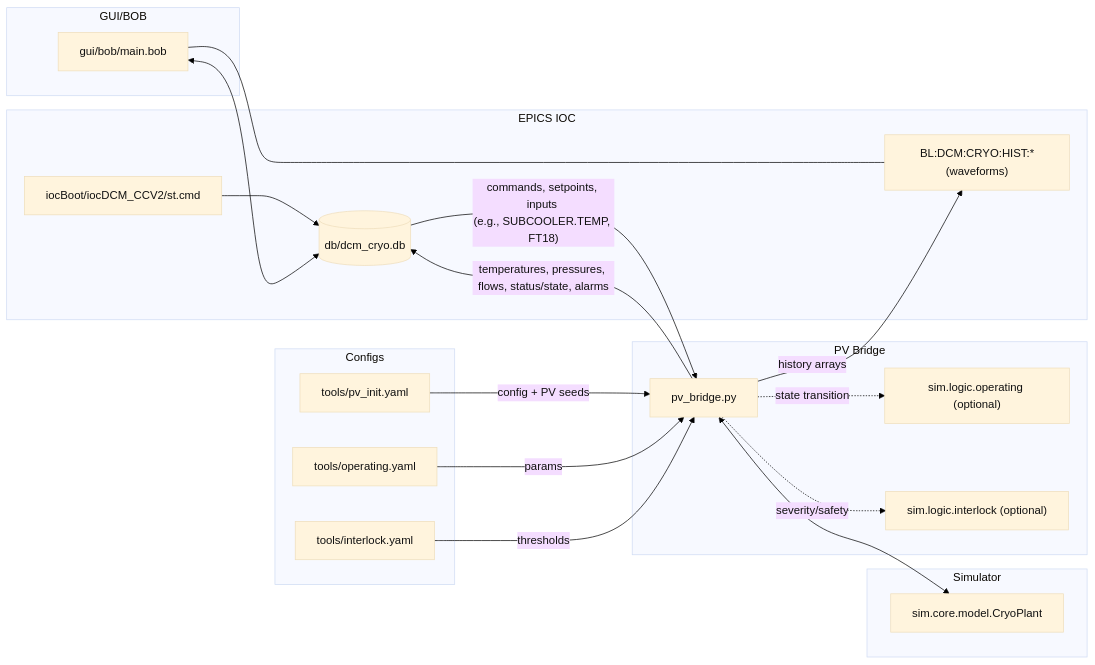
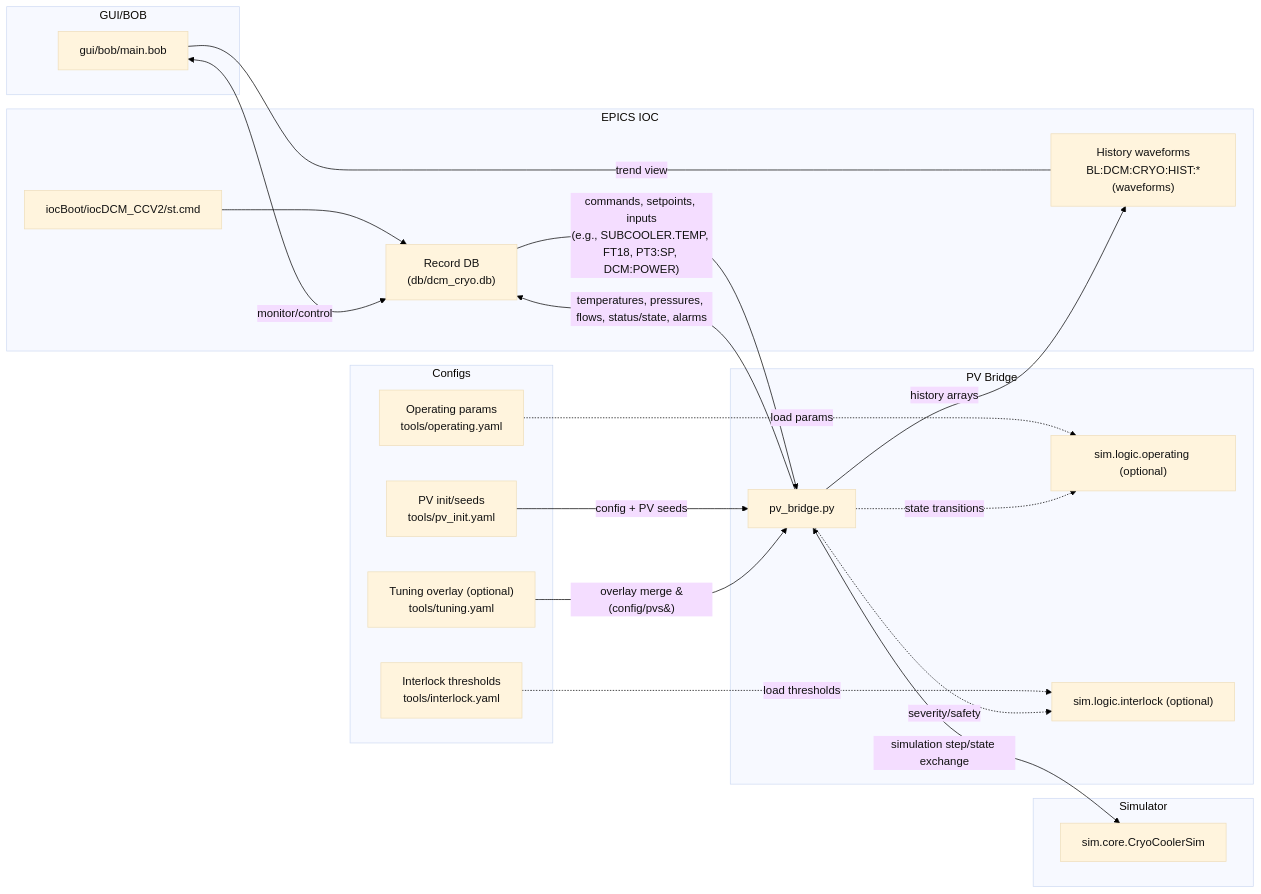
Before and after one commit to verysys-pal/DCM_CCV2: the diagram in docs/mermaid/data_flow.mmd, drawn with Mermaid. The commit also changed 10 other files, not shown here.

```diff
--- a/docs/mermaid/data_flow.mmd
+++ b/docs/mermaid/data_flow.mmd
@@ -1,62 +1,58 @@
-%%{init: {"theme":"base","themeVariables":{
-"background":"#ffffff",
-"primaryTextColor":"#111111"
-}}}%%
-
-
-%% High-level data flow (IOC ↔ Bridge ↔ Simulator ↔ GUI)
+%%{init: {"theme":"base","themeVariables":{"background":"#ffffff","primaryTextColor":"#111111"}}}%%
 flowchart LR
-  %% IOC and DB
+  %% IOC 및 DB
   subgraph IOC[EPICS IOC]
     STCMD[iocBoot/iocDCM_CCV2/st.cmd]
-    DB[(db/dcm_cryo.db)]
-    HIST["BL:DCM:CRYO:HIST:*(waveforms)"]
+    DB["Record DB<br/>(db/dcm_cryo.db)"]
+    HIST["History waveforms<br/>BL:DCM:CRYO:HIST:*(waveforms)"]
   end
 
-  %% Bridge and optional logics
+  %% 브리지와 선택 로직
   subgraph Bridge[PV Bridge]
     BRIDGE[pv_bridge.py]
     OPER["sim.logic.operating (optional)"]
     ILK["sim.logic.interlock (optional)"]
   end
 
-  %% Simulator core
+  %% 시뮬레이터 코어
   subgraph Sim[Simulator]
-    MODEL[sim.core.model.CryoPlant]
+    MODEL["sim.core.CryoCoolerSim"]
   end
 
   %% GUI
   subgraph GUI[GUI/BOB]
     BOB[gui/bob/main.bob]
   end
 
-  %% Config files
+  %% 설정 파일
   subgraph CFG[Configs]
-    INIT[tools/pv_init.yaml]
-    OPERCFG[tools/operating.yaml]
-    ILKCFG[tools/interlock.yaml]
+    INIT["PV init/seeds<br/>tools/pv_init.yaml"]
+    TUNE["Tuning overlay (optional)<br/>tools/tuning.yaml"]
+    OPERCFG["Operating params<br/>tools/operating.yaml"]
+    ILKCFG["Interlock thresholds<br/>tools/interlock.yaml"]
   end
 
-  %% Boot / load records
+  %% 부팅/레코드 로드
   STCMD --> DB
 
-  %% Config → Bridge
-  INIT -->|config + PV seeds| BRIDGE
-  OPERCFG -->|params| BRIDGE
-  ILKCFG -->|thresholds| BRIDGE
+  %% 설정 → 브리지/로직
+  INIT -->|"config + PV seeds"| BRIDGE
+  TUNE -->|"overlay merge &#40;config/pvs&#41;"| BRIDGE
+  OPERCFG -.->|"load params"| OPER
+  ILKCFG -.->|"load thresholds"| ILK
 
-  %% IOC ↔ Bridge (directions annotated)
-  DB -->|"commands, setpoints, inputs \n(e.g., SUBCOOLER.TEMP, FT18)"| BRIDGE
+  %% IOC ↔ 브리지
+  DB -->|"commands, setpoints, inputs<br/>(e.g., SUBCOOLER.TEMP, FT18, PT3:SP, DCM:POWER)"| BRIDGE
   BRIDGE -->|"temperatures, pressures, flows, status/state, alarms"| DB
   BRIDGE -->|"history arrays"| HIST
 
-  %% Bridge ↔ Simulator
-  BRIDGE <--> MODEL
+  %% 브리지 ↔ 시뮬레이터
+  BRIDGE <-->|"simulation step/state exchange"| MODEL
 
-  %% Optional external logics used by Bridge
-  BRIDGE -.->|state transition| OPER
-  BRIDGE -.->|severity/safety| ILK
+  %% 브리지에서 사용하는 선택 로직
+  BRIDGE -.->|"state transitions"| OPER
+  BRIDGE -.->|"severity/safety"| ILK
 
   %% GUI ↔ IOC
-  BOB <--> DB
-  BOB ---- HIST
+  BOB <-->|"monitor/control"| DB
+  BOB ----|"trend view"| HIST
```
